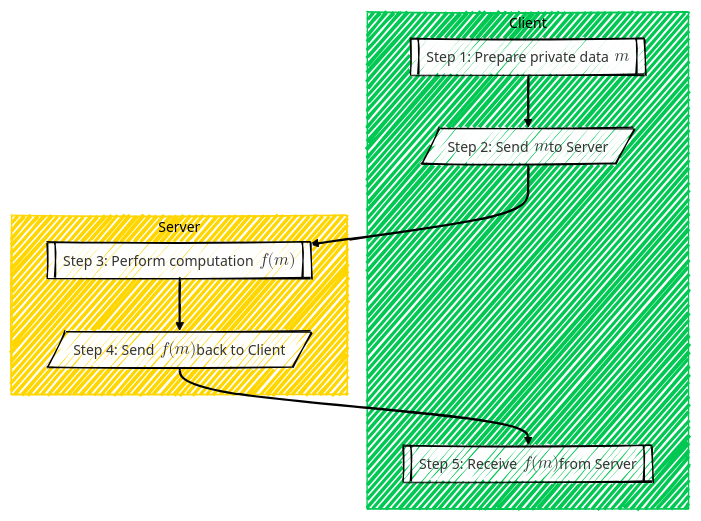
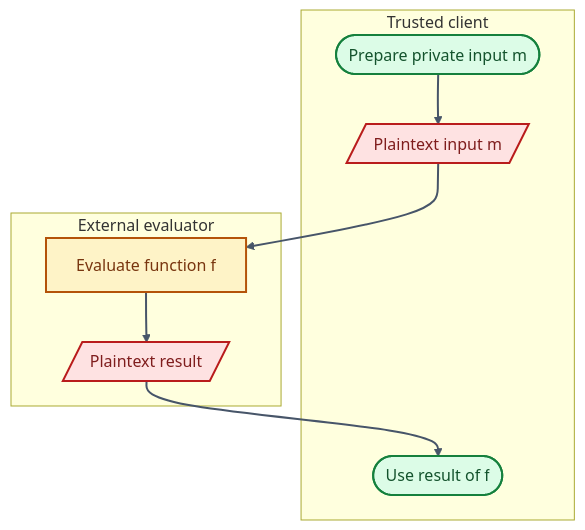
The first of 6 diagrams in longforms/homomorphic-encryption-developers/index.qmd (antomon/antomon.github.io), drawn with Mermaid before and after one commit. The commit also changed other lines of this file and 53 other files, not shown here.

````diff
--- a/longforms/homomorphic-encryption-developers/index.qmd
+++ b/longforms/homomorphic-encryption-developers/index.qmd
@@ -100,33 +109,23 @@
 ```{mermaid}
-%%| label: fig-traditional-approach-diagram
-%%| fig-cap: A simple client-server scenario for the traditional approach, where C is Client (Alice) and S is Server (Bob)
-%%| fig-alt: A simple client-server scenario for the traditional approach, where C is Client (Alice) and S is Server (Bob)
+%%| label: fig-homomorphic-encryption-developers-plaintext-workflow
+%%| fig-cap: Ordinary outsourced computation exposes plaintext to the external evaluator
+%%| fig-alt: Flowchart in which a trusted client sends red plaintext data to an amber external evaluator and receives a red plaintext result
 %%| fig-align: center
-%%{init: {"theme": "neo", "look": "handDrawn"}}%%
 flowchart TD
-  subgraph Client["Client"]
-    C1[["Step 1: Prepare private data $$\ m$$"]]
-    C2[/"Step 2: Send $$\ m$$ to Server"/]
-    C3[["Step 5: Receive $$\ f(m)$$ from Server"]]
+  subgraph Client[Trusted client]
+    C1([Prepare private input m]):::trusted
+    C2[/Plaintext input m/]:::plaintext
+    C3([Use result of f]):::trusted
   end
-  subgraph Server["Server"]
-    S1[["Step 3: Perform computation $$\ f(m)$$"]]
-    S2[/"Step 4: Send $$\ f(m)$$ back to Client"/]
+  subgraph Server[External evaluator]
+    S1[Evaluate function f]:::evaluator
+    S2[/Plaintext result/]:::plaintext
   end
-  C1 --> C2
-  C2 --> S1
-  S1 --> S2
-  S2 --> C3
+  C1 --> C2 --> S1 --> S2 --> C3
 
-  style C1 stroke:#000000
-  style C2 stroke:#000000
-  style C3 stroke:#000000
-  style S1 stroke:#000000
-  style S2 stroke:#000000
-  style Client stroke:#00C853,fill:#00C853,color:#000000
-  style Server stroke:#FFD600,fill:#FFD600,color:#000000
-  linkStyle 0 stroke:#000000,fill:none
-  linkStyle 1 stroke:#000000,fill:none
-  linkStyle 2 stroke:#000000,fill:none
-  linkStyle 3 stroke:#000000
+  classDef trusted fill:#DCFCE7,stroke:#15803D,color:#14532D,stroke-width:2px;
+  classDef evaluator fill:#FEF3C7,stroke:#B45309,color:#78350F,stroke-width:2px;
+  classDef ciphertext fill:#DBEAFE,stroke:#1D4ED8,color:#1E3A8A,stroke-width:2px;
+  classDef plaintext fill:#FEE2E2,stroke:#B91C1C,color:#7F1D1D,stroke-width:2px;
+  linkStyle default stroke:#475569,stroke-width:2px;
 ```
````
